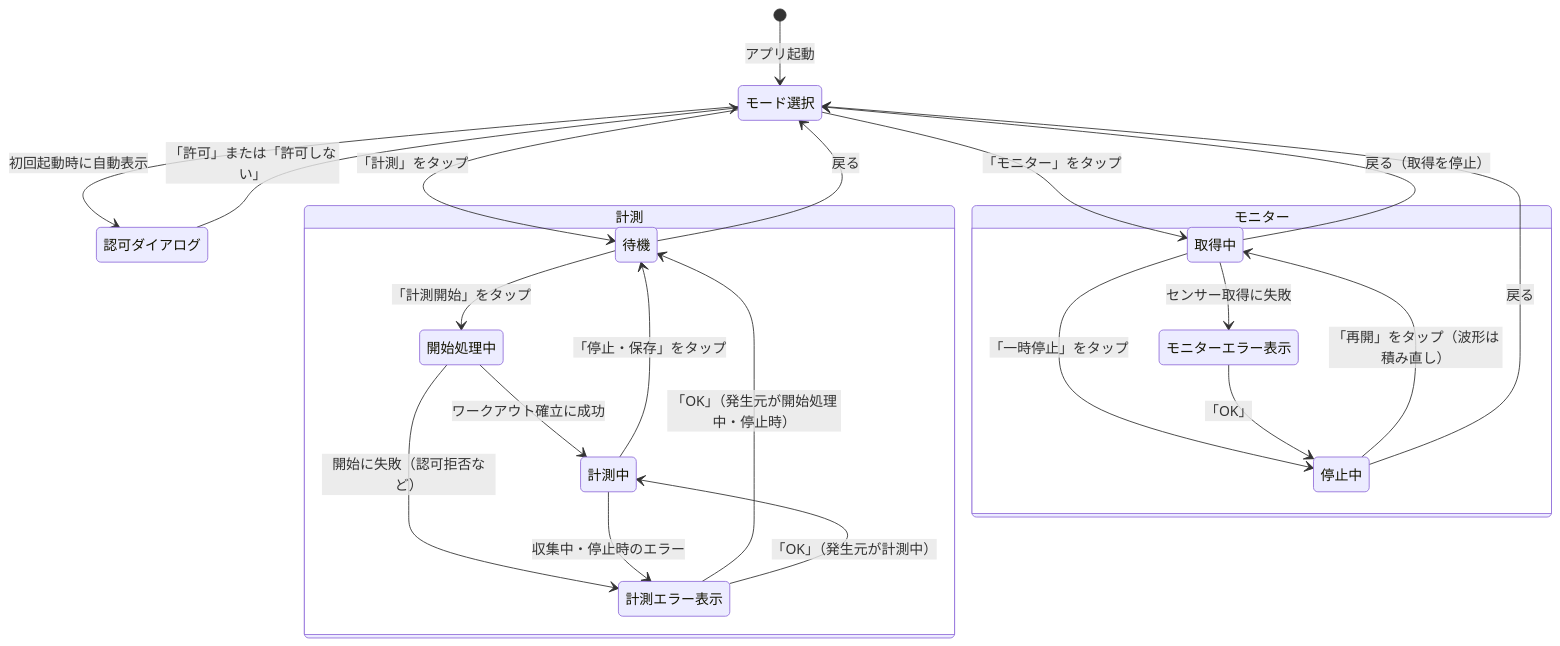
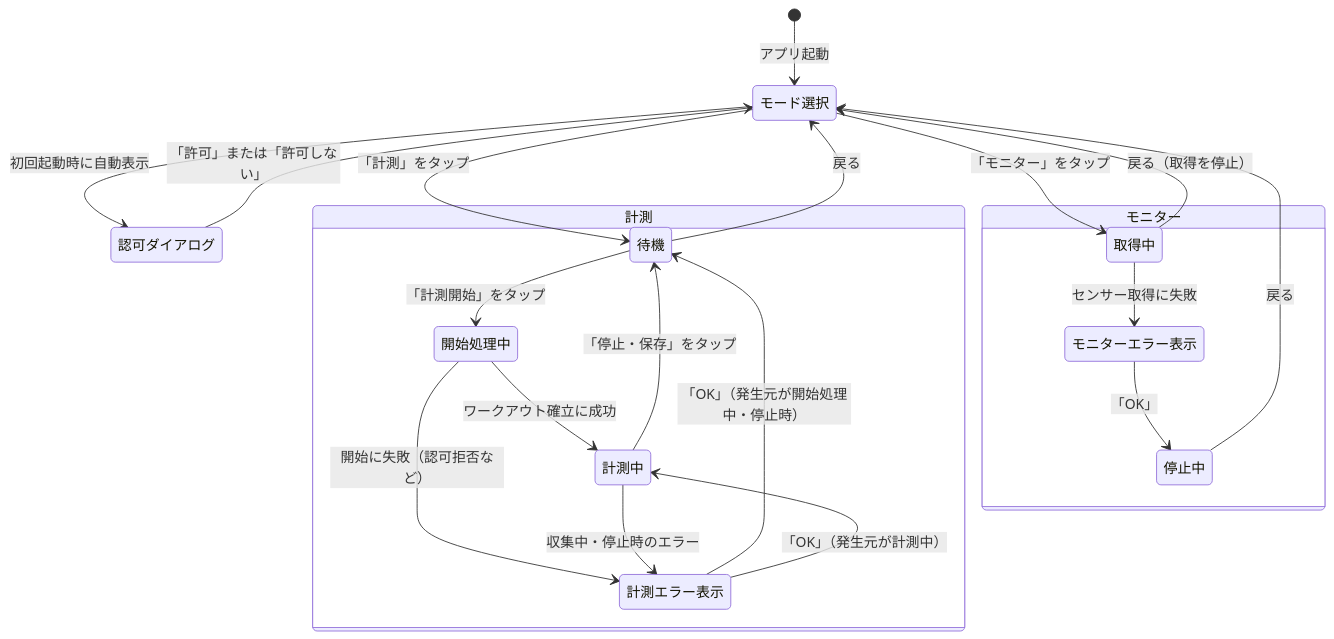
The diagram in TennisAnalyser/docs/WATCH_SCREENS.md (mitsuoka0423/tennis), drawn with Mermaid before and after one commit. The commit also changed other lines of this file and 6 other files, not shown here.

````diff
--- a/TennisAnalyser/docs/WATCH_SCREENS.md
+++ b/TennisAnalyser/docs/WATCH_SCREENS.md
@@ -34,31 +34,29 @@
 ```mermaid
 stateDiagram-v2
     [*] --> モード選択 : アプリ起動
 
     モード選択 --> 認可ダイアログ : 初回起動時に自動表示
     認可ダイアログ --> モード選択 : 「許可」または「許可しない」
 
     モード選択 --> 待機 : 「計測」をタップ
     モード選択 --> 取得中 : 「モニター」をタップ
 
     state 計測 {
         待機 --> 開始処理中 : 「計測開始」をタップ
         開始処理中 --> 計測中 : ワークアウト確立に成功
         開始処理中 --> 計測エラー表示 : 開始に失敗（認可拒否など）
         計測中 --> 待機 : 「停止・保存」をタップ
         計測中 --> 計測エラー表示 : 収集中・停止時のエラー
         計測エラー表示 --> 待機 : 「OK」（発生元が開始処理中・停止時）
         計測エラー表示 --> 計測中 : 「OK」（発生元が計測中）
     }
 
     state モニター {
-        取得中 --> 停止中 : 「一時停止」をタップ
-        停止中 --> 取得中 : 「再開」をタップ（波形は積み直し）
         取得中 --> モニターエラー表示 : センサー取得に失敗
         モニターエラー表示 --> 停止中 : 「OK」
     }
 
     待機 --> モード選択 : 戻る
     取得中 --> モード選択 : 戻る（取得を停止）
     停止中 --> モード選択 : 戻る
 ```
````
